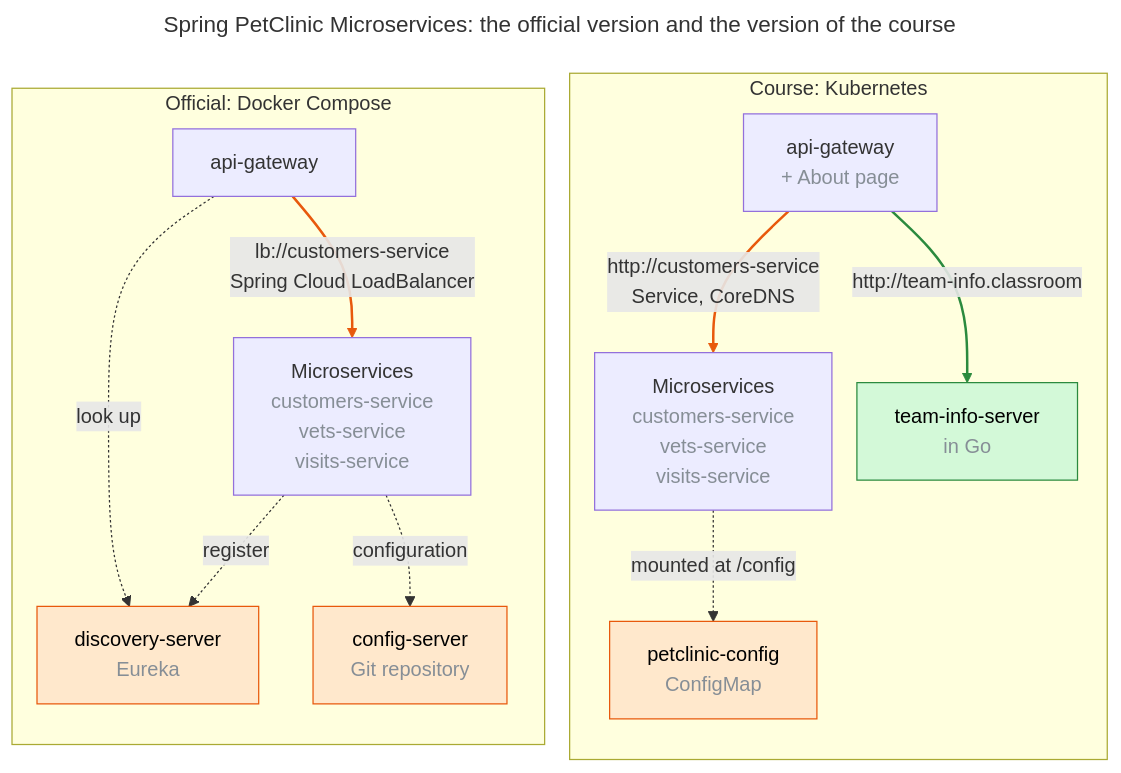
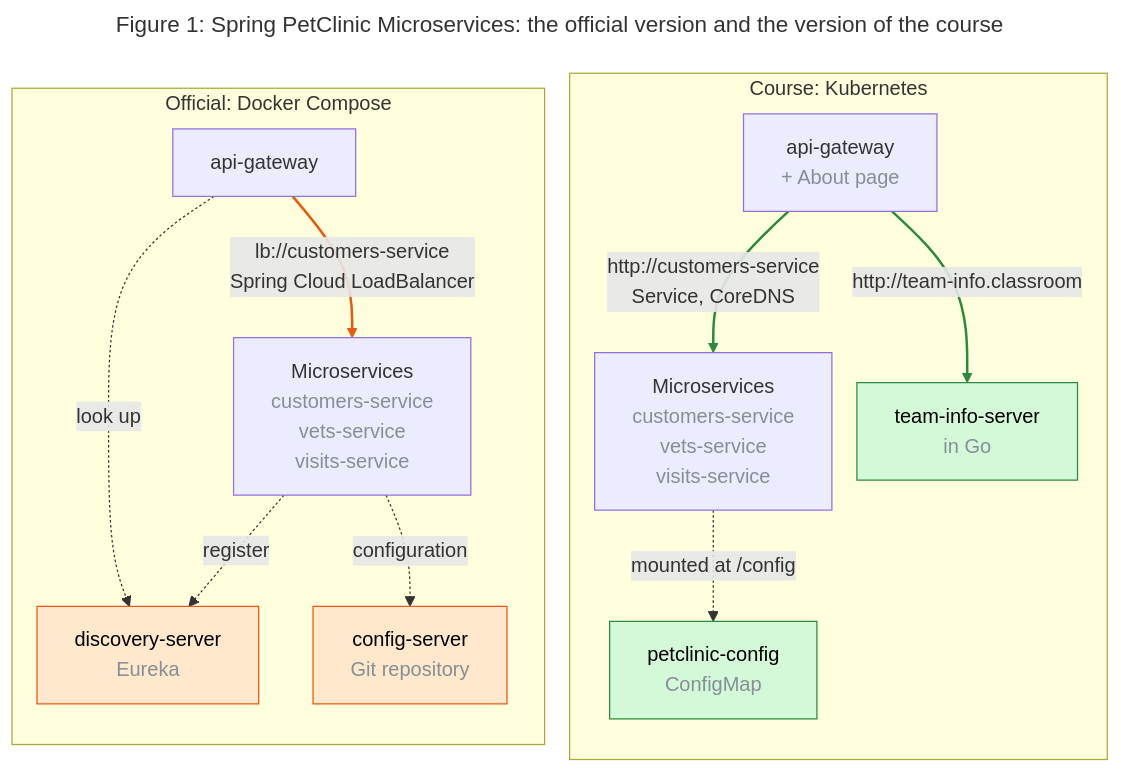
Before and after one commit to mincong-h/mincong-h.github.io: the diagram in _posts/2026-11-08-esigelec-kubernetes-2026.md, drawn with Mermaid. The commit also changed other lines of this file, not shown here.

Commit message:
Number the PetClinic diagram as Figure 1 and show the ConfigMap and the Service calls as added

````diff
--- a/_posts/2026-11-08-esigelec-kubernetes-2026.md
+++ b/_posts/2026-11-08-esigelec-kubernetes-2026.md
@@ -50,39 +50,39 @@
 ```mermaid
 ---
-title: "Spring PetClinic Microservices: the official version and the version of the course"
+title: "Figure 1: Spring PetClinic Microservices: the official version and the version of the course"
 config:
   flowchart:
     nodeSpacing: 20
     rankSpacing: 40
 ---
 flowchart TB
     subgraph course["Course: Kubernetes"]
         direction TB
         c_gw["api-gateway<br><span style='color:#868e96 !important'>+ About page</span>"]
         c_svc["Microservices<br><span style='color:#868e96 !important'>customers-service<br>vets-service<br>visits-service</span>"]
         c_team["team-info-server<br><span style='color:#868e96 !important'>in Go</span>"]
         c_cm["petclinic-config<br><span style='color:#868e96 !important'>ConfigMap</span>"]
         c_gw -- "http#58;//customers-service<br>Service, CoreDNS" --> c_svc
         c_gw -- "http#58;//team-info.classroom" --> c_team
         c_svc -. "mounted at /config" .-> c_cm
     end
 
     subgraph official["Official: Docker Compose"]
         direction TB
         o_gw["api-gateway"]
         o_svc["Microservices<br><span style='color:#868e96 !important'>customers-service<br>vets-service<br>visits-service</span>"]
         o_disc["discovery-server<br><span style='color:#868e96 !important'>Eureka</span>"]
         o_conf["config-server<br><span style='color:#868e96 !important'>Git repository</span>"]
         o_gw -- "lb://customers-service<br>Spring Cloud LoadBalancer" --> o_svc
         o_gw -. "look up" .-> o_disc
         o_svc -. register .-> o_disc
         o_svc -. configuration .-> o_conf
     end
 
     classDef replaced fill:#ffe8cc,stroke:#e8590c,color:#000
     classDef added fill:#d3f9d8,stroke:#2b8a3e,color:#000
-    class o_disc,o_conf,c_cm replaced
-    class c_team added
-    linkStyle 0,3 stroke:#e8590c,stroke-width:2px
-    linkStyle 1 stroke:#2b8a3e,stroke-width:2px
+    class o_disc,o_conf replaced
+    class c_team,c_cm added
+    linkStyle 3 stroke:#e8590c,stroke-width:2px
+    linkStyle 0,1 stroke:#2b8a3e,stroke-width:2px
 ```
````
